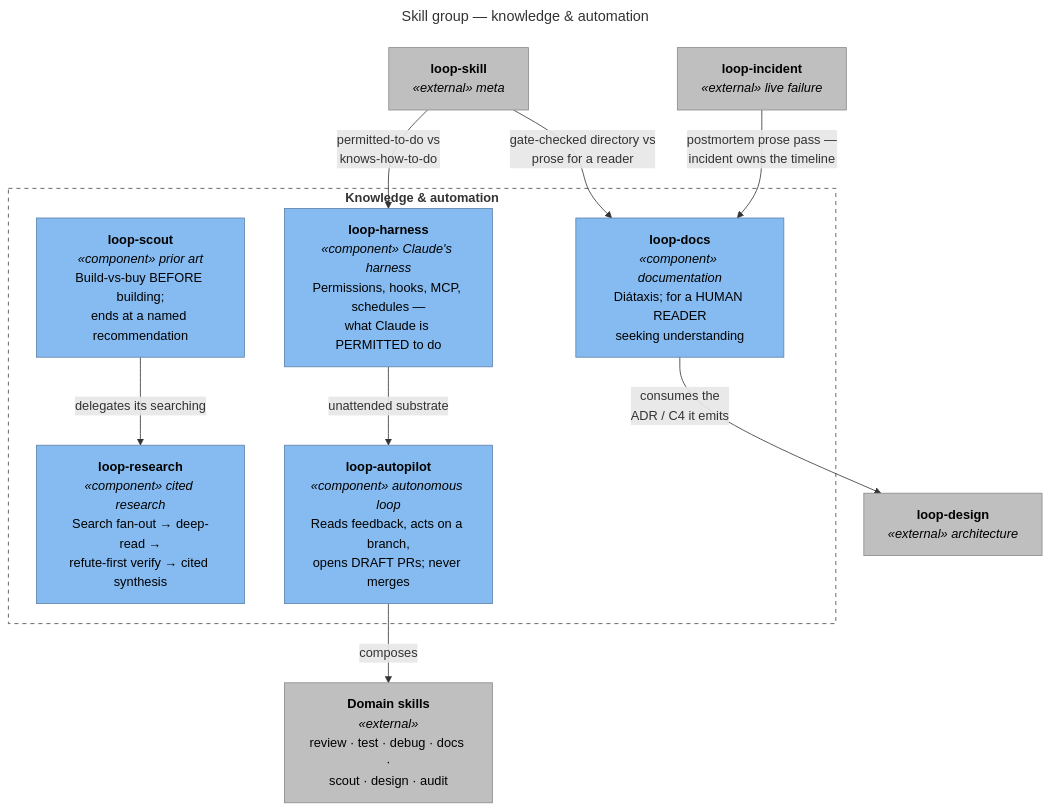
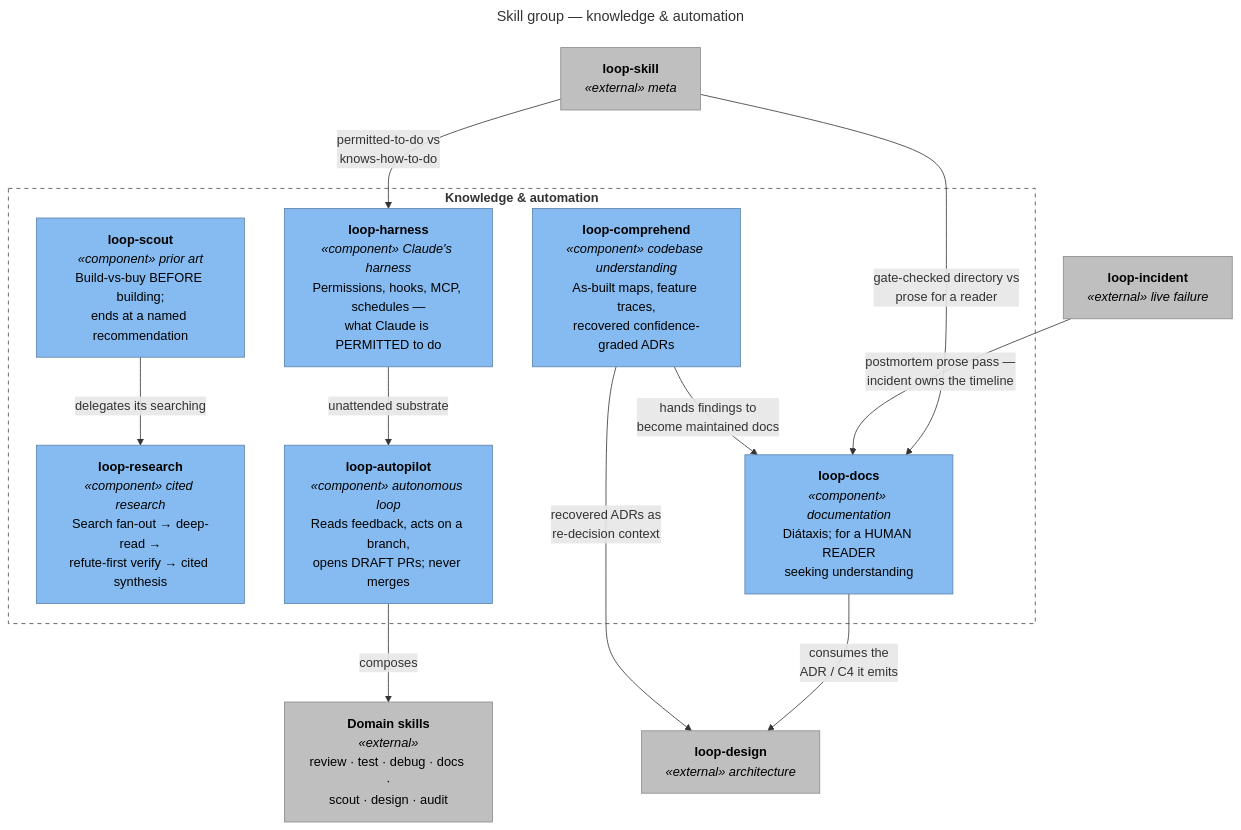
Before and after one commit to santapong/Proof: the diagram in docs/c4/diagrams/src/skills-knowledge-automation.mmd, drawn with Mermaid. The commit also changed 16 other files, not shown here.

First line of the commit message:
Diagrams: redesign skill-composition for the 24-skill fleet; de-stale all sources

```diff
--- a/docs/c4/diagrams/src/skills-knowledge-automation.mmd
+++ b/docs/c4/diagrams/src/skills-knowledge-automation.mmd
@@ -1,30 +1,33 @@
 ---
 title: "Skill group — knowledge & automation"
 ---
 flowchart TB
     subgraph g["<b>Knowledge &amp; automation</b>"]
+        comp["<b>loop-comprehend</b><br/><i>«component» codebase understanding</i><br/>As-built maps, feature traces,<br/>recovered confidence-graded ADRs"]
         res["<b>loop-research</b><br/><i>«component» cited research</i><br/>Search fan-out → deep-read →<br/>refute-first verify → cited synthesis"]
         scout["<b>loop-scout</b><br/><i>«component» prior art</i><br/>Build-vs-buy BEFORE building;<br/>ends at a named recommendation"]
         docs["<b>loop-docs</b><br/><i>«component» documentation</i><br/>Diátaxis; for a HUMAN READER<br/>seeking understanding"]
         harn["<b>loop-harness</b><br/><i>«component» Claude's harness</i><br/>Permissions, hooks, MCP, schedules —<br/>what Claude is PERMITTED to do"]
         auto["<b>loop-autopilot</b><br/><i>«component» autonomous loop</i><br/>Reads feedback, acts on a branch,<br/>opens DRAFT PRs; never merges"]
     end
 
     design["<b>loop-design</b><br/><i>«external» architecture</i>"]
     inc["<b>loop-incident</b><br/><i>«external» live failure</i>"]
     mk["<b>loop-skill</b><br/><i>«external» meta</i>"]
     many["<b>Domain skills</b><br/><i>«external»</i><br/>review · test · debug · docs ·<br/>scout · design · audit"]
 
     scout -- "delegates its searching" --> res
+    comp -- "recovered ADRs as<br/>re-decision context" --> design
+    comp -- "hands findings to<br/>become maintained docs" --> docs
     docs -- "consumes the<br/>ADR / C4 it emits" --> design
     inc -- "postmortem prose pass —<br/>incident owns the timeline" --> docs
     harn -- "unattended substrate" --> auto
     auto -- "composes" --> many
     mk -- "permitted-to-do vs<br/>knows-how-to-do" --> harn
     mk -- "gate-checked directory vs<br/>prose for a reader" --> docs
 
     classDef component fill:#85BBF0,stroke:#5D82A8,color:#000
     classDef extc fill:#BFBFBF,stroke:#8A8A8A,color:#000
-    class res,scout,docs,harn,auto component
+    class comp,res,scout,docs,harn,auto component
     class design,inc,mk,many extc
     style g fill:none,stroke:#444444,stroke-dasharray:5 5
```
